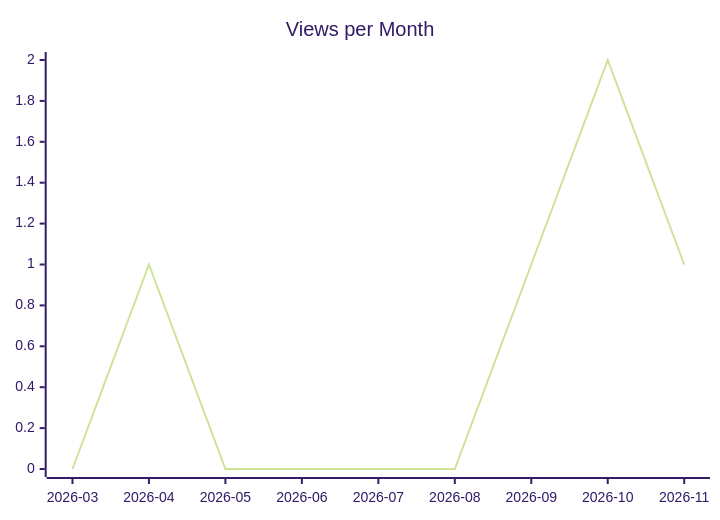
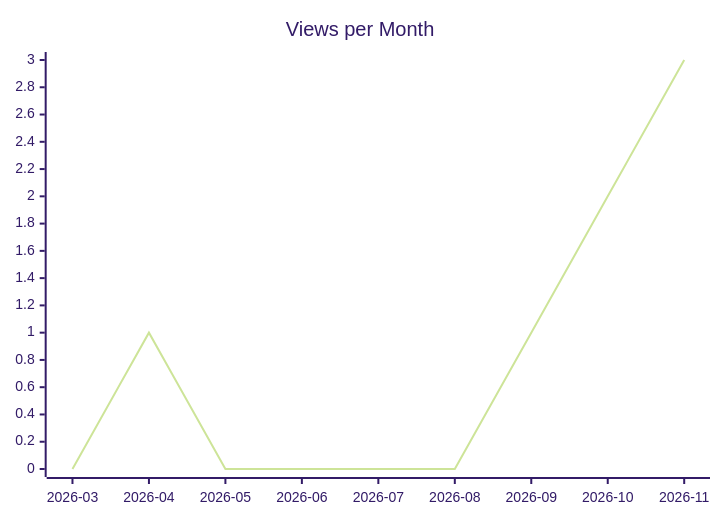
One commit to justdavis-family/github-analytics-data changed the second of 3 diagrams in karlmdavis/obsidian-operator/README.md. Above: the diagram before and after it, drawn with Mermaid (forest theme). The commit also changed other lines of this file and 194 other files, not shown here.

````diff
--- a/karlmdavis/obsidian-operator/README.md
+++ b/karlmdavis/obsidian-operator/README.md
@@ -12,6 +12,6 @@
 ```mermaid
 xychart-beta
   title "Views per Month"
   x-axis ["2026-03", "2026-04", "2026-05", "2026-06", "2026-07", "2026-08", "2026-09", "2026-10", "2026-11"]
-  line [0, 1, 0, 0, 0, 0, 1, 2, 1]
+  line [0, 1, 0, 0, 0, 0, 1, 2, 3]
 ```
````
